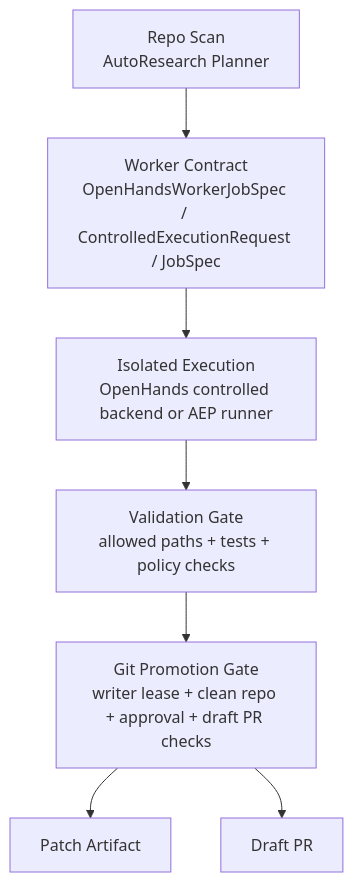
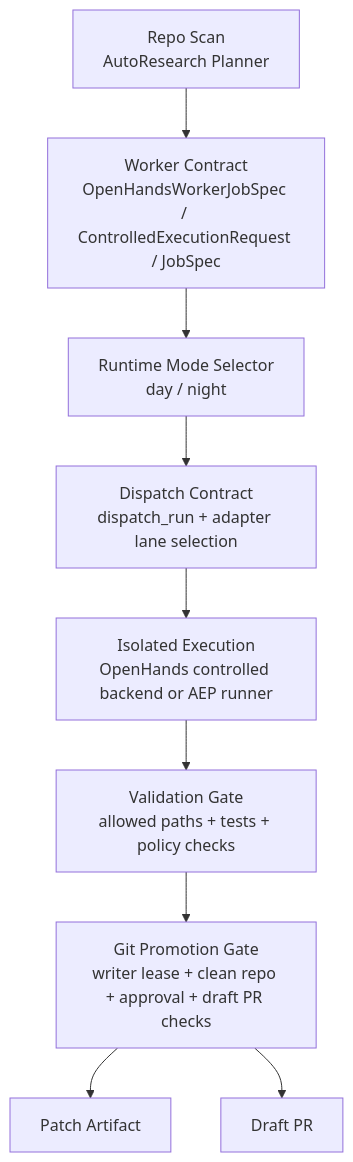
Before and after one commit to autonomous-agent-stack/autonomous-agent-stack: the diagram in ARCHITECTURE.md, drawn with Mermaid. The commit also changed other lines of this file and 29 other files, not shown here.

````diff
--- a/ARCHITECTURE.md
+++ b/ARCHITECTURE.md
@@ -33,9 +35,11 @@
 ```mermaid
 flowchart TD
     A["Repo Scan<br/>AutoResearch Planner"] --> B["Worker Contract<br/>OpenHandsWorkerJobSpec / ControlledExecutionRequest / JobSpec"]
-    B --> C["Isolated Execution<br/>OpenHands controlled backend or AEP runner"]
-    C --> D["Validation Gate<br/>allowed paths + tests + policy checks"]
-    D --> E["Git Promotion Gate<br/>writer lease + clean repo + approval + draft PR checks"]
-    E --> F["Patch Artifact"]
-    E --> G["Draft PR"]
+    B --> C["Runtime Mode Selector<br/>day / night"]
+    C --> D["Dispatch Contract<br/>dispatch_run + adapter lane selection"]
+    D --> E["Isolated Execution<br/>OpenHands controlled backend or AEP runner"]
+    E --> F["Validation Gate<br/>allowed paths + tests + policy checks"]
+    F --> G["Git Promotion Gate<br/>writer lease + clean repo + approval + draft PR checks"]
+    G --> H["Patch Artifact"]
+    G --> I["Draft PR"]
 ```
````
